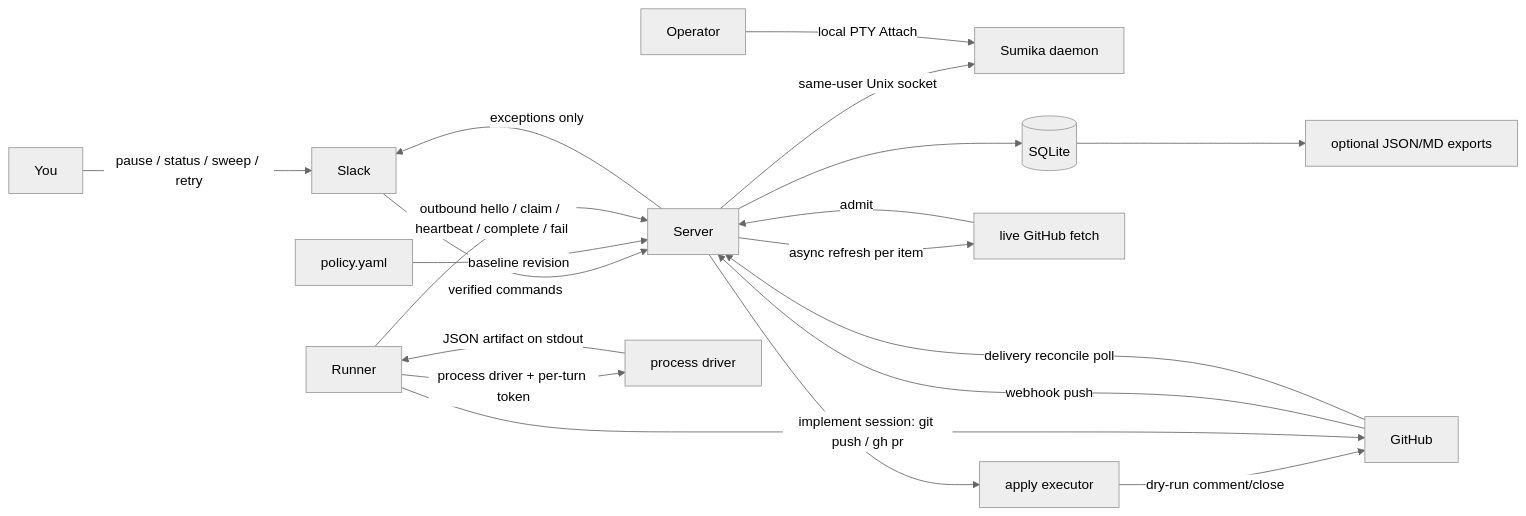
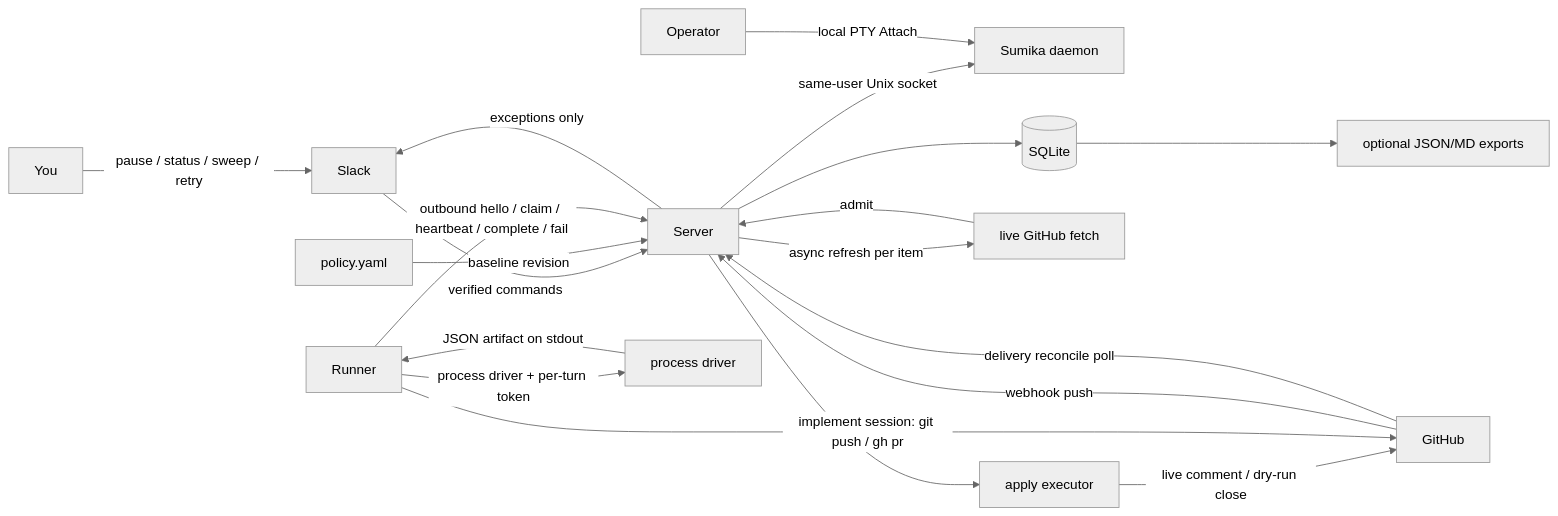
One commit to Sannrox/rusui changed the first of 2 diagrams in ARCHITECTURE.md. Above: the diagram before and after it, drawn with Mermaid (neutral theme). The commit also changed other lines of this file and 28 other files, not shown here.

````diff
--- a/ARCHITECTURE.md
+++ b/ARCHITECTURE.md
@@ -209,25 +211,25 @@
 ```mermaid
 flowchart LR
   You -->|pause / status / sweep / retry| Slack
   Slack -->|verified commands| Server
   GitHub -->|webhook push| Server
   GitHub -->|delivery reconcile poll| Server
   PolicyFile[policy.yaml] -->|baseline revision| Server
   Server -->|same-user Unix socket| Sumika[Sumika daemon]
   Operator -->|local PTY Attach| Sumika
 
   Server --> DB[(SQLite)]
   DB --> Exports[optional JSON/MD exports]
 
   Server -->|async refresh per item| Fetch[live GitHub fetch]
   Fetch -->|admit| Server
 
   Runner -->|outbound hello / claim / heartbeat / complete / fail| Server
   Runner -->|process driver + per-turn token| Driver[process driver]
   Driver -->|JSON artifact on stdout| Runner
 
-  Apply[apply executor] -->|dry-run comment/close| GitHub
+  Apply[apply executor] -->|live comment / dry-run close| GitHub
   Runner -->|implement session: git push / gh pr| GitHub
   Server --> Apply
   Server -->|exceptions only| Slack
 ```
````
